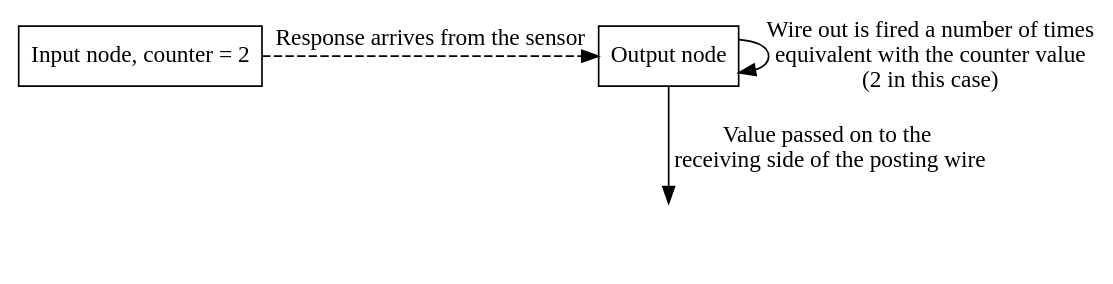
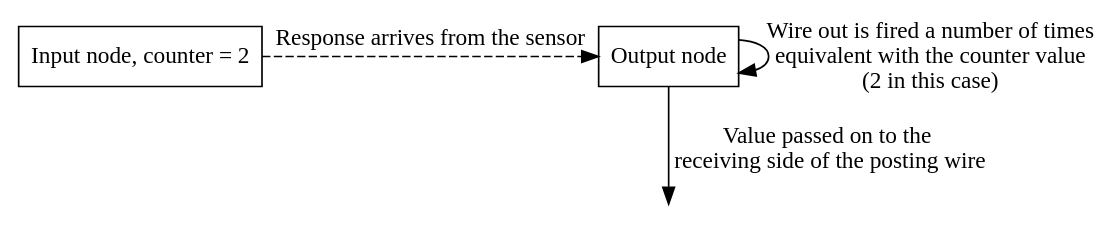
The diagram in rapport/dotfiles/accumulate-repeat-3.dot (reenberg/wobot), drawn with Graphviz before and after one commit. The commit also changed 7 other files, not shown here.

Commit message:
Little larger graphs

```diff
--- a/rapport/dotfiles/accumulate-repeat-3.dot
+++ b/rapport/dotfiles/accumulate-repeat-3.dot
@@ -1,15 +1,15 @@
 digraph G
 {
                 node [fontname="Times Roman", shape=rectangle]
                 edge [color=black, fontname="Times Roman"]
 
-                ToNode [label="", color=white]
+                ToNode [label="", color=white, shape=point]
                 InputNode [label="Input node, counter = 2"]
                 OutputNode [label="Output node"]
 
                 {rank=same; InputNode OutputNode}
                 
                 InputNode->OutputNode [label="Response arrives from the sensor", style=dashed]
                 OutputNode->ToNode [label="Value passed on to the\n  receiving side of the posting wire"]
                 OutputNode->OutputNode [label="Wire out is fired a number of times\n equivalent with the counter value\n(2 in this case)"]
 }
```
